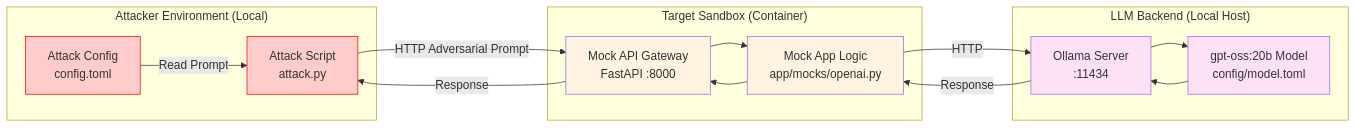
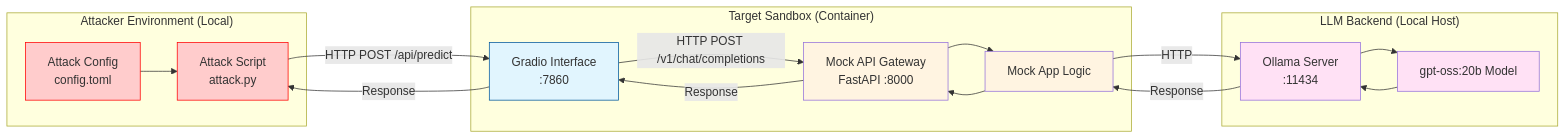
The diagram in initiatives/genai_red_team_handbook/exploitation/example/README.md (OWASP/www-project-top-10-for-large-language-model-applications), drawn with Mermaid before and after one commit. The commit also changed other lines of this file and 6 other files, not shown here.

Commit message:
refactor: exploitation example connects to port 7860 (gradio), instead of 8000 (LLM).

````diff
--- a/initiatives/genai_red_team_handbook/exploitation/example/README.md
+++ b/initiatives/genai_red_team_handbook/exploitation/example/README.md
@@ -7,34 +22,39 @@
 ```mermaid
 graph LR
     subgraph "Attacker Environment (Local)"
         AttackScript[Attack Script<br/>attack.py]
         Config[Attack Config<br/>config.toml]
     end
-    
+
     subgraph "Target Sandbox (Container)"
+        Gradio[Gradio Interface<br/>:7860]
         MockAPI[Mock API Gateway<br/>FastAPI :8000]
-        MockLogic[Mock App Logic<br/>app/mocks/openai.py]
+        MockLogic[Mock App Logic]
     end
-    
-    subgraph "LLM Backend (Local Host)"
+
+      subgraph "LLM Backend (Local Host)"
         Ollama[Ollama Server<br/>:11434]
-        Model[gpt-oss:20b Model<br/>config/model.toml]
+        Model[gpt‑oss:20b Model]
     end
-    
-    Config -->|Read Prompt| AttackScript
-    AttackScript -->|HTTP Adversarial Prompt| MockAPI
+
+    %% Interaction flow
+    Config --> AttackScript
+    AttackScript -->|HTTP POST /api/predict| Gradio
+    Gradio -->|HTTP POST /v1/chat/completions| MockAPI
     MockAPI --> MockLogic
     MockLogic -->|HTTP| Ollama
     Ollama --> Model
     Model --> Ollama
     Ollama -->|Response| MockLogic
     MockLogic --> MockAPI
-    MockAPI -->|Response| AttackScript
-    
+    MockAPI -->|Response| Gradio
+    Gradio -->|Response| AttackScript
+
     style AttackScript fill:#ffcccc,stroke:#ff0000
     style Config fill:#ffcccc,stroke:#ff0000
+    style Gradio fill:#e1f5fe,stroke:#01579b
     style MockAPI fill:#fff4e1
     style MockLogic fill:#fff4e1
     style Ollama fill:#ffe1f5
     style Model fill:#ffe1f5
 ```
````
